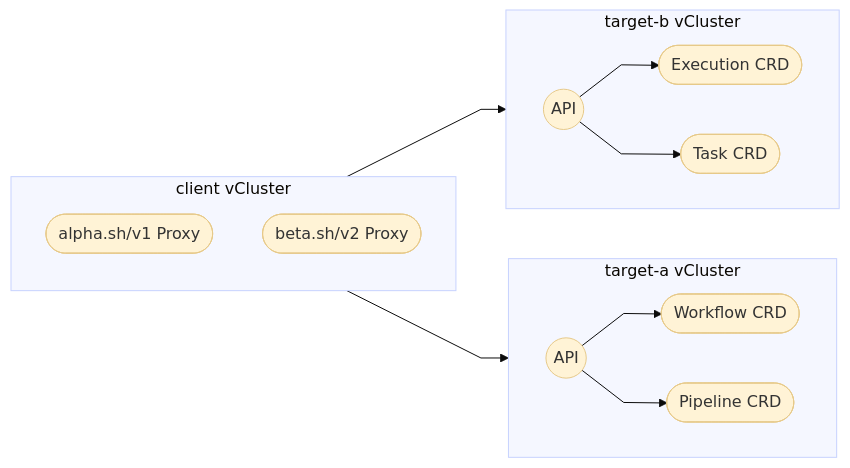
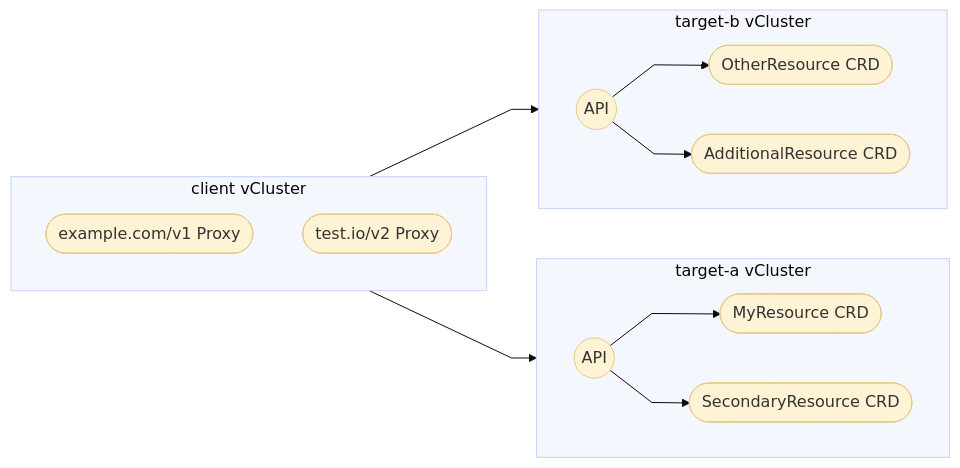
One commit to loft-sh/vcluster-docs changed the third of 4 diagrams in vcluster/configure/vcluster-yaml/experimental/proxy.mdx. Above: the diagram before and after it, drawn with Mermaid. The commit also changed other lines of this file and 4 other files, not shown here.

Commit message:
Rename example objects in resource proxy doc

````diff
--- a/vcluster/configure/vcluster-yaml/experimental/proxy.mdx
+++ b/vcluster/configure/vcluster-yaml/experimental/proxy.mdx
@@ -313,37 +313,37 @@
 ```mermaid
 %%{init: {'theme': 'base', 'themeVariables': {'edgeLabelBackground':'#F3E8FF','edgeLabelColor':'#111827'}, 'flowchart': {'curve': 'linear', 'htmlLabels': true}}}%%
 flowchart LR
   subgraph client["client vCluster"]
     direction TB
-    p_alpha([alpha.sh/v1 Proxy])
-    p_beta([beta.sh/v2 Proxy])
+    p_example([example.com/v1 Proxy])
+    p_test([test.io/v2 Proxy])
   end
 
   subgraph target_a["target-a vCluster"]
     direction LR
     ta_api((API))
-    ta_wf([Workflow CRD])
-    ta_pipe([Pipeline CRD])
+    ta_wf([MyResource CRD])
+    ta_pipe([SecondaryResource CRD])
     ta_api --> ta_wf
     ta_api --> ta_pipe
   end
 
   subgraph target_b["target-b vCluster"]
     direction LR
     tb_api((API))
-    tb_exec([Execution CRD])
-    tb_task([Task CRD])
+    tb_exec([OtherResource CRD])
+    tb_task([AdditionalResource CRD])
     tb_api --> tb_exec
     tb_api --> tb_task
   end
 
-  p_alpha --> ta_api
-  p_beta --> tb_api
+  p_example --> ta_api
+  p_test --> tb_api
 
   classDef node fill:#FFF3D6,stroke:#E6C98A,stroke-width:1px,rx:0,ry:0;
-  class p_alpha,p_beta,ta_api,ta_wf,ta_pipe,tb_api,tb_exec,tb_task node;
+  class p_example,p_test,ta_api,ta_wf,ta_pipe,tb_api,tb_exec,tb_task node;
 
   style client fill:#F5F7FF,stroke:#C7D2FE,stroke-width:1px,rx:0,ry:0;
   style target_a fill:#F5F7FF,stroke:#C7D2FE,stroke-width:1px,rx:0,ry:0;
   style target_b fill:#F5F7FF,stroke:#C7D2FE,stroke-width:1px,rx:0,ry:0;
 ```
````
